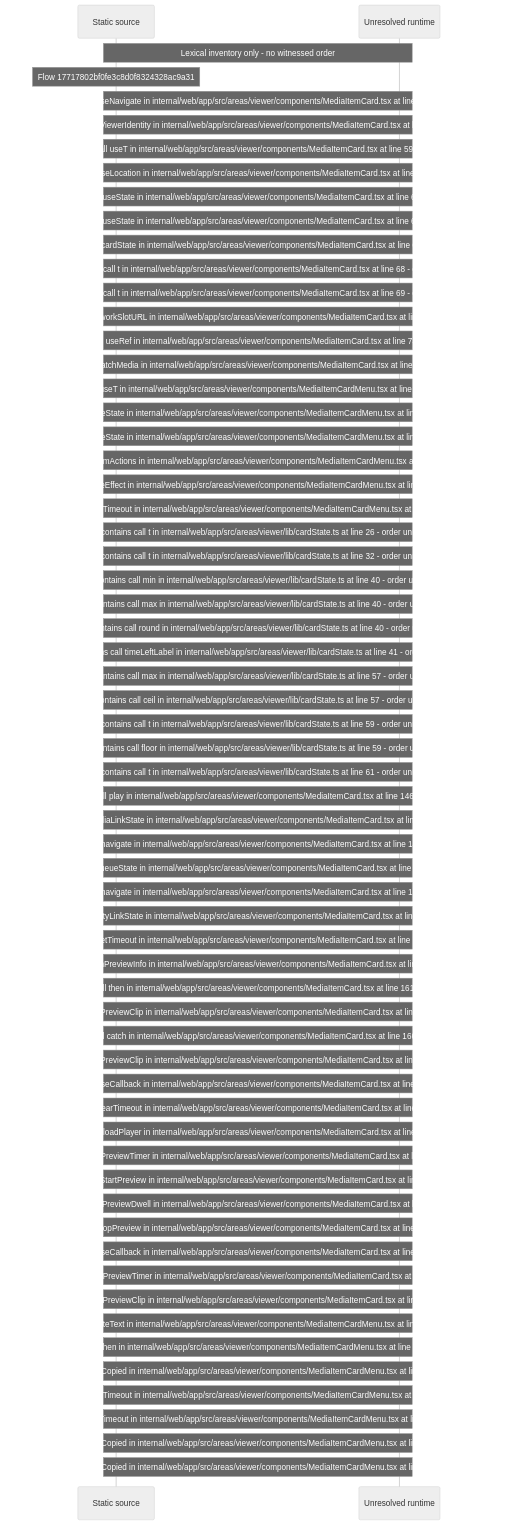
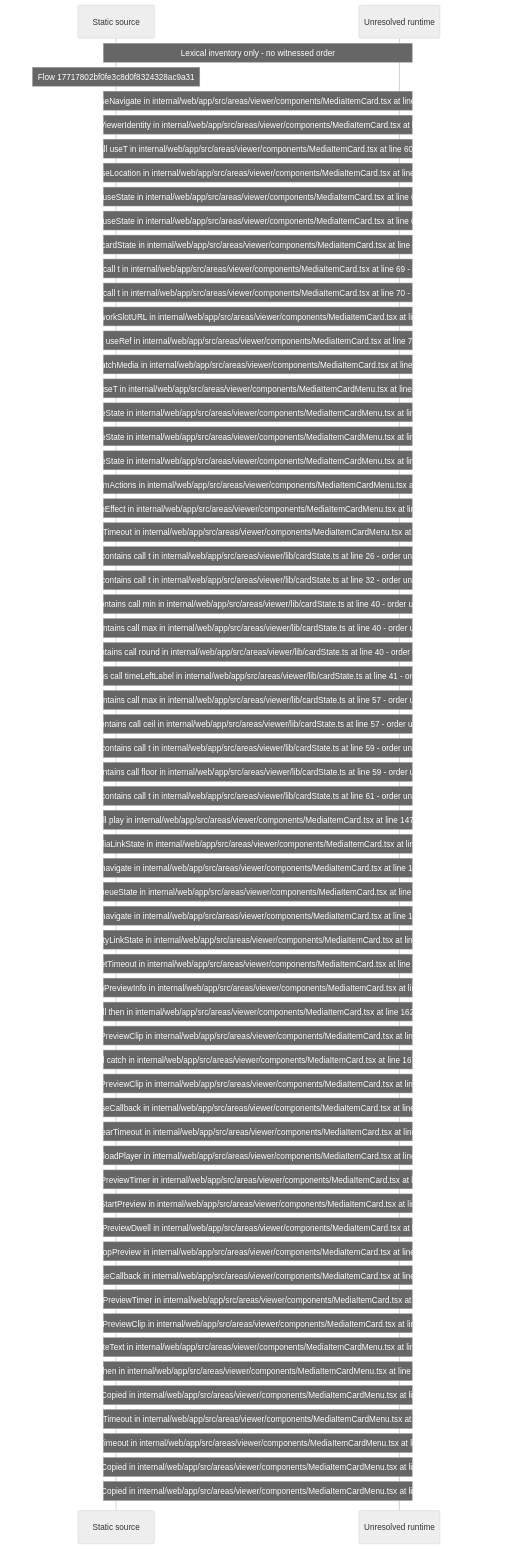
Before and after one commit to beamfall/core: the diagram in docs/web/flows/generated/17717802bf0fe3c8d0f8324328ac9a31/flow-diagram.md, drawn with Mermaid (neutral theme). The commit also changed other lines of this file and 714 other files, not shown here.

Commit message:
Regenerate the web flow record after the second main merge (CORE-1762)

````diff
--- a/docs/web/flows/generated/17717802bf0fe3c8d0f8324328ac9a31/flow-diagram.md
+++ b/docs/web/flows/generated/17717802bf0fe3c8d0f8324328ac9a31/flow-diagram.md
@@ -10,65 +10,66 @@
 ```mermaid
 sequenceDiagram
     participant S as Static source
     participant U as Unresolved runtime
     Note over S,U: Lexical inventory only - no witnessed order
     Note over S: Flow 17717802bf0fe3c8d0f8324328ac9a31
-    Note over S,U: Source contains call useNavigate in internal/web/app/src/areas/viewer/components/MediaItemCard.tsx at line 57 - order unresolved
-    Note over S,U: Source contains call useViewerIdentity in internal/web/app/src/areas/viewer/components/MediaItemCard.tsx at line 58 - order unresolved
-    Note over S,U: Source contains call useT in internal/web/app/src/areas/viewer/components/MediaItemCard.tsx at line 59 - order unresolved
-    Note over S,U: Source contains call useLocation in internal/web/app/src/areas/viewer/components/MediaItemCard.tsx at line 60 - order unresolved
-    Note over S,U: Source contains call useState in internal/web/app/src/areas/viewer/components/MediaItemCard.tsx at line 61 - order unresolved
+    Note over S,U: Source contains call useNavigate in internal/web/app/src/areas/viewer/components/MediaItemCard.tsx at line 58 - order unresolved
+    Note over S,U: Source contains call useViewerIdentity in internal/web/app/src/areas/viewer/components/MediaItemCard.tsx at line 59 - order unresolved
+    Note over S,U: Source contains call useT in internal/web/app/src/areas/viewer/components/MediaItemCard.tsx at line 60 - order unresolved
+    Note over S,U: Source contains call useLocation in internal/web/app/src/areas/viewer/components/MediaItemCard.tsx at line 61 - order unresolved
     Note over S,U: Source contains call useState in internal/web/app/src/areas/viewer/components/MediaItemCard.tsx at line 62 - order unresolved
-    Note over S,U: Source contains call cardState in internal/web/app/src/areas/viewer/components/MediaItemCard.tsx at line 64 - order unresolved
-    Note over S,U: Source contains call t in internal/web/app/src/areas/viewer/components/MediaItemCard.tsx at line 68 - order unresolved
+    Note over S,U: Source contains call useState in internal/web/app/src/areas/viewer/components/MediaItemCard.tsx at line 63 - order unresolved
+    Note over S,U: Source contains call cardState in internal/web/app/src/areas/viewer/components/MediaItemCard.tsx at line 65 - order unresolved
     Note over S,U: Source contains call t in internal/web/app/src/areas/viewer/components/MediaItemCard.tsx at line 69 - order unresolved
-    Note over S,U: Source contains call artworkSlotURL in internal/web/app/src/areas/viewer/components/MediaItemCard.tsx at line 70 - order unresolved
-    Note over S,U: Source contains call useRef in internal/web/app/src/areas/viewer/components/MediaItemCard.tsx at line 73 - order unresolved
-    Note over S,U: Source contains call matchMedia in internal/web/app/src/areas/viewer/components/MediaItemCard.tsx at line 317 - order unresolved
-    Note over S,U: Source contains call useT in internal/web/app/src/areas/viewer/components/MediaItemCardMenu.tsx at line 41 - order unresolved
-    Note over S,U: Source contains call useState in internal/web/app/src/areas/viewer/components/MediaItemCardMenu.tsx at line 42 - order unresolved
-    Note over S,U: Source contains call useState in internal/web/app/src/areas/viewer/components/MediaItemCardMenu.tsx at line 43 - order unresolved
-    Note over S,U: Source contains call useItemActions in internal/web/app/src/areas/viewer/components/MediaItemCardMenu.tsx at line 44 - order unresolved
-    Note over S,U: Source contains call useEffect in internal/web/app/src/areas/viewer/components/MediaItemCardMenu.tsx at line 50 - order unresolved
-    Note over S,U: Source contains call clearTimeout in internal/web/app/src/areas/viewer/components/MediaItemCardMenu.tsx at line 52 - order unresolved
+    Note over S,U: Source contains call t in internal/web/app/src/areas/viewer/components/MediaItemCard.tsx at line 70 - order unresolved
+    Note over S,U: Source contains call artworkSlotURL in internal/web/app/src/areas/viewer/components/MediaItemCard.tsx at line 71 - order unresolved
+    Note over S,U: Source contains call useRef in internal/web/app/src/areas/viewer/components/MediaItemCard.tsx at line 74 - order unresolved
+    Note over S,U: Source contains call matchMedia in internal/web/app/src/areas/viewer/components/MediaItemCard.tsx at line 319 - order unresolved
+    Note over S,U: Source contains call useT in internal/web/app/src/areas/viewer/components/MediaItemCardMenu.tsx at line 47 - order unresolved
+    Note over S,U: Source contains call useState in internal/web/app/src/areas/viewer/components/MediaItemCardMenu.tsx at line 48 - order unresolved
+    Note over S,U: Source contains call useState in internal/web/app/src/areas/viewer/components/MediaItemCardMenu.tsx at line 49 - order unresolved
+    Note over S,U: Source contains call useState in internal/web/app/src/areas/viewer/components/MediaItemCardMenu.tsx at line 50 - order unresolved
+    Note over S,U: Source contains call useItemActions in internal/web/app/src/areas/viewer/components/MediaItemCardMenu.tsx at line 51 - order unresolved
+    Note over S,U: Source contains call useEffect in internal/web/app/src/areas/viewer/components/MediaItemCardMenu.tsx at line 57 - order unresolved
+    Note over S,U: Source contains call clearTimeout in internal/web/app/src/areas/viewer/components/MediaItemCardMenu.tsx at line 59 - order unresolved
     Note over S,U: Source contains call t in internal/web/app/src/areas/viewer/lib/cardState.ts at line 26 - order unresolved
     Note over S,U: Source contains call t in internal/web/app/src/areas/viewer/lib/cardState.ts at line 32 - order unresolved
     Note over S,U: Source contains call min in internal/web/app/src/areas/viewer/lib/cardState.ts at line 40 - order unresolved
     Note over S,U: Source contains call max in internal/web/app/src/areas/viewer/lib/cardState.ts at line 40 - order unresolved
     Note over S,U: Source contains call round in internal/web/app/src/areas/viewer/lib/cardState.ts at line 40 - order unresolved
     Note over S,U: Source contains call timeLeftLabel in internal/web/app/src/areas/viewer/lib/cardState.ts at line 41 - order unresolved
     Note over S,U: Source contains call max in internal/web/app/src/areas/viewer/lib/cardState.ts at line 57 - order unresolved
     Note over S,U: Source contains call ceil in internal/web/app/src/areas/viewer/lib/cardState.ts at line 57 - order unresolved
     Note over S,U: Source contains call t in internal/web/app/src/areas/viewer/lib/cardState.ts at line 59 - order unresolved
     Note over S,U: Source contains call floor in internal/web/app/src/areas/viewer/lib/cardState.ts at line 59 - order unresolved
     Note over S,U: Source contains call t in internal/web/app/src/areas/viewer/lib/cardState.ts at line 61 - order unresolved
-    Note over S,U: Source contains call play in internal/web/app/src/areas/viewer/components/MediaItemCard.tsx at line 146 - order unresolved
-    Note over S,U: Source contains call mediaLinkState in internal/web/app/src/areas/viewer/components/MediaItemCard.tsx at line 148 - order unresolved
-    Note over S,U: Source contains call navigate in internal/web/app/src/areas/viewer/components/MediaItemCard.tsx at line 149 - order unresolved
-    Note over S,U: Source contains call queueState in internal/web/app/src/areas/viewer/components/MediaItemCard.tsx at line 149 - order unresolved
-    Note over S,U: Source contains call navigate in internal/web/app/src/areas/viewer/components/MediaItemCard.tsx at line 151 - order unresolved
-    Note over S,U: Source contains call entityLinkState in internal/web/app/src/areas/viewer/components/MediaItemCard.tsx at line 151 - order unresolved
-    Note over S,U: Source contains call setTimeout in internal/web/app/src/areas/viewer/components/MediaItemCard.tsx at line 158 - order unresolved
-    Note over S,U: Source contains call fetchPreviewInfo in internal/web/app/src/areas/viewer/components/MediaItemCard.tsx at line 160 - order unresolved
-    Note over S,U: Source contains call then in internal/web/app/src/areas/viewer/components/MediaItemCard.tsx at line 161 - order unresolved
-    Note over S,U: Source contains call setPreviewClip in internal/web/app/src/areas/viewer/components/MediaItemCard.tsx at line 163 - order unresolved
-    Note over S,U: Source contains call catch in internal/web/app/src/areas/viewer/components/MediaItemCard.tsx at line 166 - order unresolved
-    Note over S,U: Source contains call setPreviewClip in internal/web/app/src/areas/viewer/components/MediaItemCard.tsx at line 168 - order unresolved
-    Note over S,U: Source contains call useCallback in internal/web/app/src/areas/viewer/components/MediaItemCard.tsx at line 75 - order unresolved
-    Note over S,U: Source contains call clearTimeout in internal/web/app/src/areas/viewer/components/MediaItemCard.tsx at line 77 - order unresolved
-    Note over S,U: Source contains call preloadPlayer in internal/web/app/src/areas/viewer/components/MediaItemCard.tsx at line 175 - order unresolved
-    Note over S,U: Source contains call clearPreviewTimer in internal/web/app/src/areas/viewer/components/MediaItemCard.tsx at line 176 - order unresolved
-    Note over S,U: Source contains call canStartPreview in internal/web/app/src/areas/viewer/components/MediaItemCard.tsx at line 177 - order unresolved
-    Note over S,U: Source contains call beginPreviewDwell in internal/web/app/src/areas/viewer/components/MediaItemCard.tsx at line 180 - order unresolved
-    Note over S,U: Source contains call stopPreview in internal/web/app/src/areas/viewer/components/MediaItemCard.tsx at line 97 - order unresolved
-    Note over S,U: Source contains call useCallback in internal/web/app/src/areas/viewer/components/MediaItemCard.tsx at line 82 - order unresolved
-    Note over S,U: Source contains call clearPreviewTimer in internal/web/app/src/areas/viewer/components/MediaItemCard.tsx at line 83 - order unresolved
-    Note over S,U: Source contains call setPreviewClip in internal/web/app/src/areas/viewer/components/MediaItemCard.tsx at line 85 - order unresolved
-    Note over S,U: Source contains call writeText in internal/web/app/src/areas/viewer/components/MediaItemCardMenu.tsx at line 59 - order unresolved
-    Note over S,U: Source contains call then in internal/web/app/src/areas/viewer/components/MediaItemCardMenu.tsx at line 59 - order unresolved
-    Note over S,U: Source contains call setCopied in internal/web/app/src/areas/viewer/components/MediaItemCardMenu.tsx at line 61 - order unresolved
-    Note over S,U: Source contains call clearTimeout in internal/web/app/src/areas/viewer/components/MediaItemCardMenu.tsx at line 62 - order unresolved
-    Note over S,U: Source contains call setTimeout in internal/web/app/src/areas/viewer/components/MediaItemCardMenu.tsx at line 63 - order unresolved
-    Note over S,U: Source contains call setCopied in internal/web/app/src/areas/viewer/components/MediaItemCardMenu.tsx at line 63 - order unresolved
-    Note over S,U: Source contains call setCopied in internal/web/app/src/areas/viewer/components/MediaItemCardMenu.tsx at line 65 - order unresolved
+    Note over S,U: Source contains call play in internal/web/app/src/areas/viewer/components/MediaItemCard.tsx at line 147 - order unresolved
+    Note over S,U: Source contains call mediaLinkState in internal/web/app/src/areas/viewer/components/MediaItemCard.tsx at line 149 - order unresolved
+    Note over S,U: Source contains call navigate in internal/web/app/src/areas/viewer/components/MediaItemCard.tsx at line 150 - order unresolved
+    Note over S,U: Source contains call queueState in internal/web/app/src/areas/viewer/components/MediaItemCard.tsx at line 150 - order unresolved
+    Note over S,U: Source contains call navigate in internal/web/app/src/areas/viewer/components/MediaItemCard.tsx at line 152 - order unresolved
+    Note over S,U: Source contains call entityLinkState in internal/web/app/src/areas/viewer/components/MediaItemCard.tsx at line 152 - order unresolved
+    Note over S,U: Source contains call setTimeout in internal/web/app/src/areas/viewer/components/MediaItemCard.tsx at line 159 - order unresolved
+    Note over S,U: Source contains call fetchPreviewInfo in internal/web/app/src/areas/viewer/components/MediaItemCard.tsx at line 161 - order unresolved
+    Note over S,U: Source contains call then in internal/web/app/src/areas/viewer/components/MediaItemCard.tsx at line 162 - order unresolved
+    Note over S,U: Source contains call setPreviewClip in internal/web/app/src/areas/viewer/components/MediaItemCard.tsx at line 164 - order unresolved
+    Note over S,U: Source contains call catch in internal/web/app/src/areas/viewer/components/MediaItemCard.tsx at line 167 - order unresolved
+    Note over S,U: Source contains call setPreviewClip in internal/web/app/src/areas/viewer/components/MediaItemCard.tsx at line 169 - order unresolved
+    Note over S,U: Source contains call useCallback in internal/web/app/src/areas/viewer/components/MediaItemCard.tsx at line 76 - order unresolved
+    Note over S,U: Source contains call clearTimeout in internal/web/app/src/areas/viewer/components/MediaItemCard.tsx at line 78 - order unresolved
+    Note over S,U: Source contains call preloadPlayer in internal/web/app/src/areas/viewer/components/MediaItemCard.tsx at line 176 - order unresolved
+    Note over S,U: Source contains call clearPreviewTimer in internal/web/app/src/areas/viewer/components/MediaItemCard.tsx at line 177 - order unresolved
+    Note over S,U: Source contains call canStartPreview in internal/web/app/src/areas/viewer/components/MediaItemCard.tsx at line 178 - order unresolved
+    Note over S,U: Source contains call beginPreviewDwell in internal/web/app/src/areas/viewer/components/MediaItemCard.tsx at line 181 - order unresolved
+    Note over S,U: Source contains call stopPreview in internal/web/app/src/areas/viewer/components/MediaItemCard.tsx at line 98 - order unresolved
+    Note over S,U: Source contains call useCallback in internal/web/app/src/areas/viewer/components/MediaItemCard.tsx at line 83 - order unresolved
+    Note over S,U: Source contains call clearPreviewTimer in internal/web/app/src/areas/viewer/components/MediaItemCard.tsx at line 84 - order unresolved
+    Note over S,U: Source contains call setPreviewClip in internal/web/app/src/areas/viewer/components/MediaItemCard.tsx at line 86 - order unresolved
+    Note over S,U: Source contains call writeText in internal/web/app/src/areas/viewer/components/MediaItemCardMenu.tsx at line 66 - order unresolved
+    Note over S,U: Source contains call then in internal/web/app/src/areas/viewer/components/MediaItemCardMenu.tsx at line 66 - order unresolved
+    Note over S,U: Source contains call setCopied in internal/web/app/src/areas/viewer/components/MediaItemCardMenu.tsx at line 68 - order unresolved
+    Note over S,U: Source contains call clearTimeout in internal/web/app/src/areas/viewer/components/MediaItemCardMenu.tsx at line 69 - order unresolved
+    Note over S,U: Source contains call setTimeout in internal/web/app/src/areas/viewer/components/MediaItemCardMenu.tsx at line 70 - order unresolved
+    Note over S,U: Source contains call setCopied in internal/web/app/src/areas/viewer/components/MediaItemCardMenu.tsx at line 70 - order unresolved
+    Note over S,U: Source contains call setCopied in internal/web/app/src/areas/viewer/components/MediaItemCardMenu.tsx at line 72 - order unresolved
 ```
````
